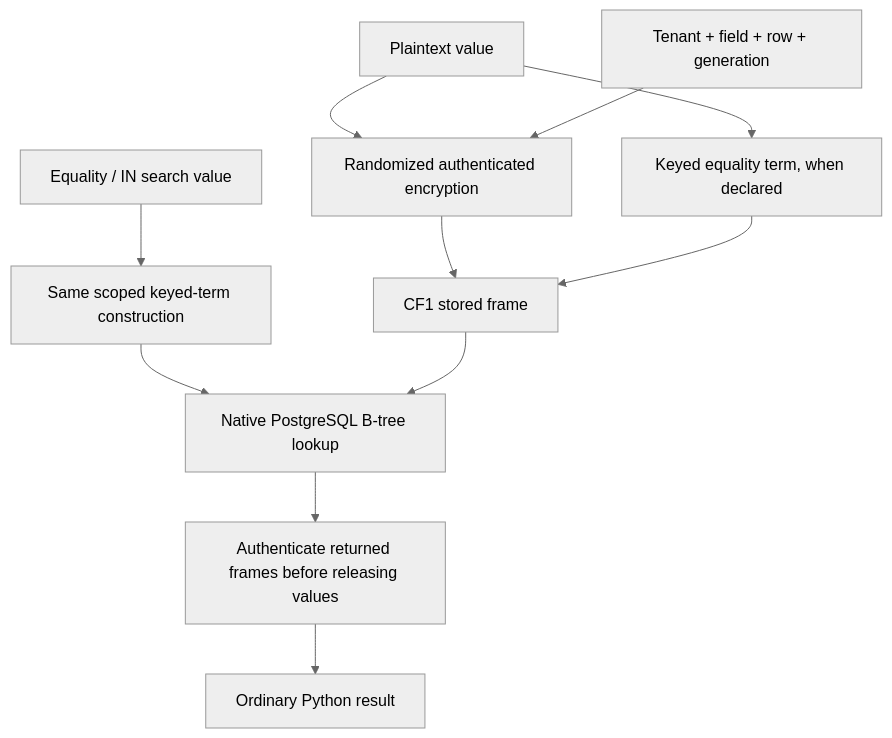
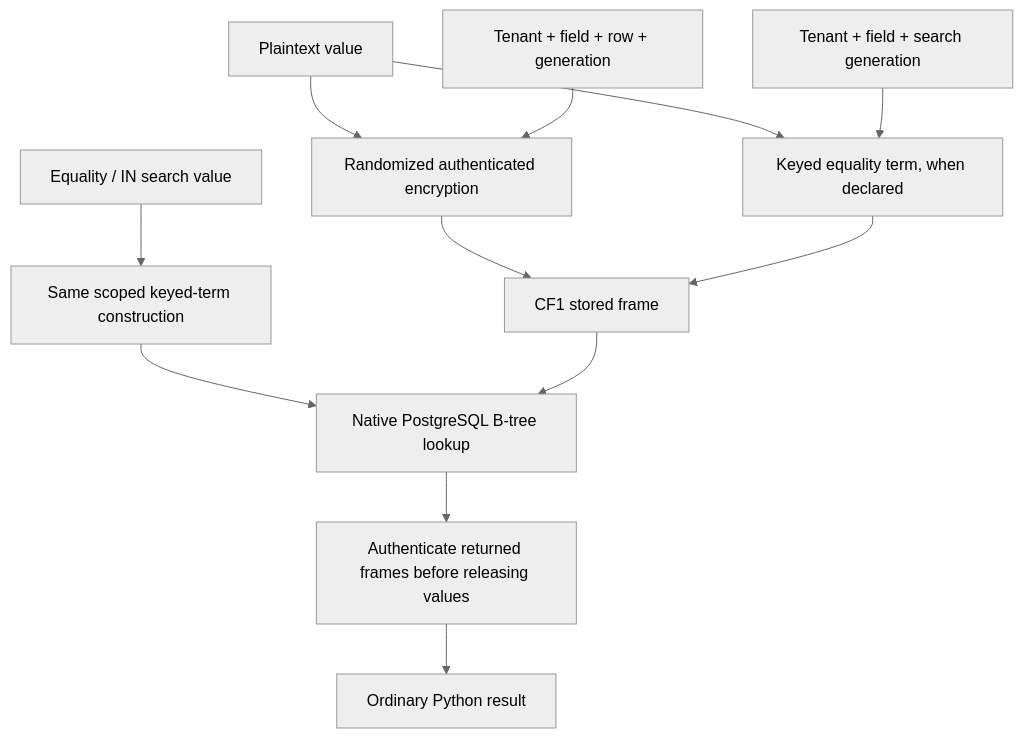
One commit to Debrato2005/cryptalis changed the second of 4 diagrams in docs/professor-guide.md. Above: the diagram before and after it, drawn with Mermaid (neutral theme). The commit also changed 1 other file, not shown here.

Commit message:
docs: align count admission labels and show scoped equality terms

````diff
--- a/docs/professor-guide.md
+++ b/docs/professor-guide.md
@@ -39,13 +39,14 @@
 ```mermaid
 flowchart TD
     Value["Plaintext value"] --> Encrypt["Randomized authenticated encryption"]
     Value --> Term["Keyed equality term, when declared"]
     Context["Tenant + field + row + generation"] --> Encrypt
+    Scope["Tenant + field + search generation"] --> Term
     Encrypt --> Frame["CF1 stored frame"]
     Term --> Frame
     Query["Equality / IN search value"] --> QueryTerm["Same scoped keyed-term construction"]
     QueryTerm --> Index["Native PostgreSQL B-tree lookup"]
     Frame --> Index
     Index --> Verify["Authenticate returned frames before releasing values"]
     Verify --> Result["Ordinary Python result"]
 ```
````
